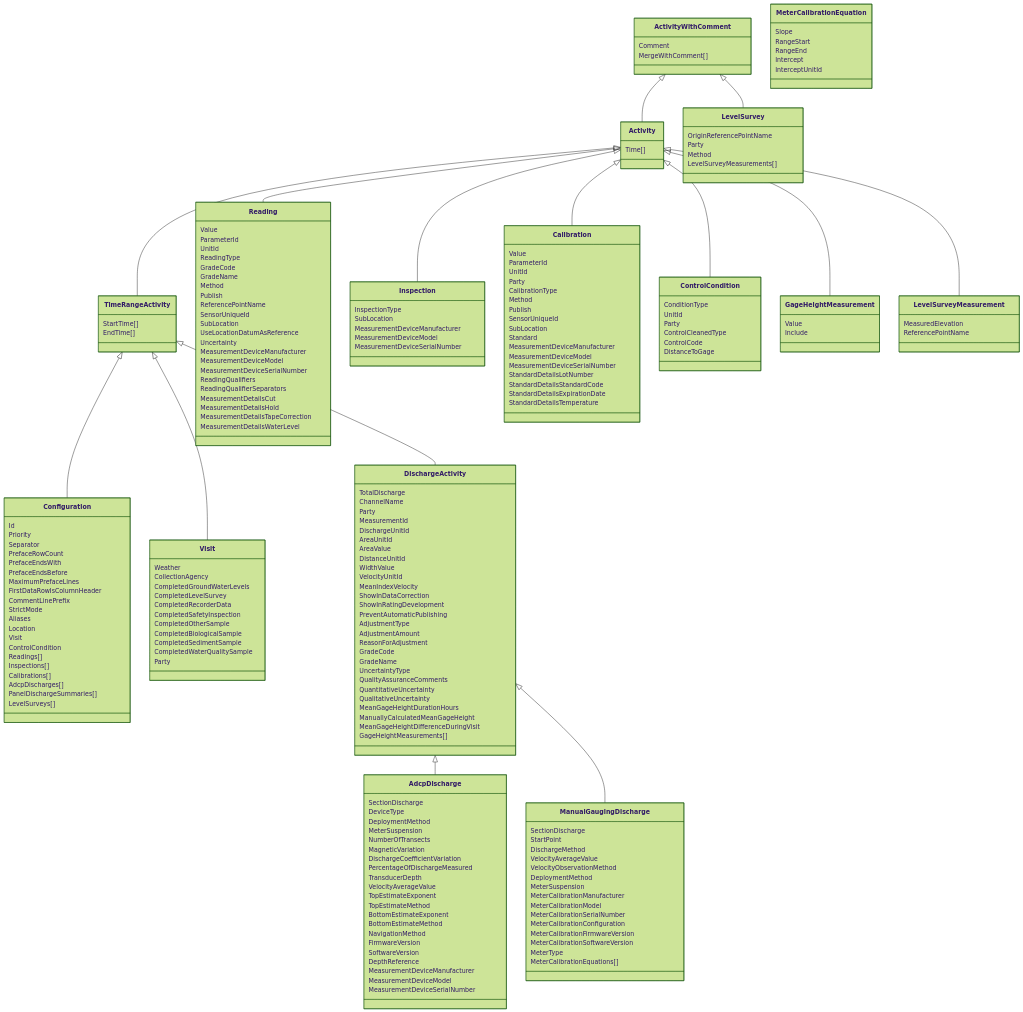
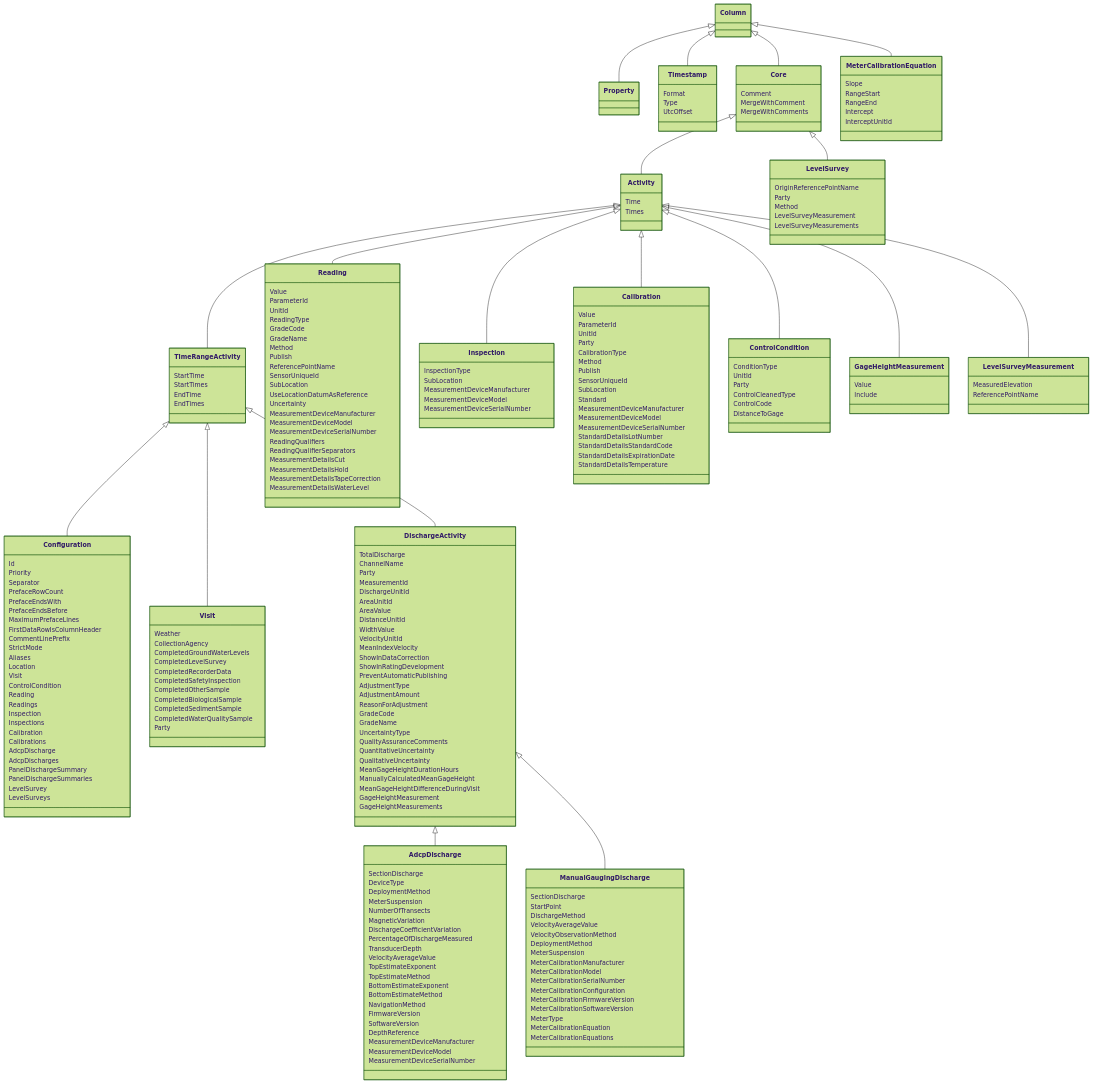
Before and after one commit to AquaticInformatics/tabular-field-data-plugin: the diagram in docs/classDiagram.mermaid, drawn with Mermaid (forest theme). The commit also changed other lines of this file and 8 other files, not shown here.

Commit message:
PF-349 - Added mermaid documentation generator

```diff
--- a/docs/classDiagram.mermaid
+++ b/docs/classDiagram.mermaid
@@ -2,224 +2,268 @@
 
   TimeRangeActivity <|-- Configuration
   class Configuration {
-      Id
-      Priority
-      Separator
-      PrefaceRowCount
-      PrefaceEndsWith
-      PrefaceEndsBefore
-      MaximumPrefaceLines
-      FirstDataRowIsColumnHeader
-      CommentLinePrefix
-      StrictMode
-      Aliases
-      Location
-      Visit
-      ControlCondition
-      Readings[]
-      Inspections[]
-      Calibrations[]
-      AdcpDischarges[]
-      PanelDischargeSummaries[]
-      LevelSurveys[]
+    Id
+    Priority
+    Separator
+    PrefaceRowCount
+    PrefaceEndsWith
+    PrefaceEndsBefore
+    MaximumPrefaceLines
+    FirstDataRowIsColumnHeader
+    CommentLinePrefix
+    StrictMode
+    Aliases
+    Location
+    Visit
+    ControlCondition
+    Reading
+    Readings
+    Inspection
+    Inspections
+    Calibration
+    Calibrations
+    AdcpDischarge
+    AdcpDischarges
+    PanelDischargeSummary
+    PanelDischargeSummaries
+    LevelSurvey
+    LevelSurveys
   }
+  link Configuration "https://github.com/AquaticInformatics/tabular-field-data-plugin/wiki/Configuration" "See Configuration details"
 
-  class ActivityWithComment {
-      Comment
-      MergeWithComment[]
+  Column <|-- Property
+  class Property {
   }
-  
-  ActivityWithComment <|-- Activity
+  link Property "https://github.com/AquaticInformatics/tabular-field-data-plugin/wiki/Property" "See Property details"
+
+  Column <|-- Timestamp
+  class Timestamp {
+    Format
+    Type
+    UtcOffset
+  }
+  link Timestamp "https://github.com/AquaticInformatics/tabular-field-data-plugin/wiki/Timestamp" "See Timestamp details"
+
+  Column <|-- Core
+  class Core {
+    Comment
+    MergeWithComment
+    MergeWithComments
+  }
+  link Core "https://github.com/AquaticInformatics/tabular-field-data-plugin/wiki/Core" "See Core details"
+
+  Core <|-- Activity
   class Activity {
-      Time[]
+    Time
+    Times
   }
-  
+  link Activity "https://github.com/AquaticInformatics/tabular-field-data-plugin/wiki/Activity" "See Activity details"
+
   Activity <|-- TimeRangeActivity
   class TimeRangeActivity {
-      StartTime[]
-      EndTime[]
+    StartTime
+    StartTimes
+    EndTime
+    EndTimes
   }
-  
+  link TimeRangeActivity "https://github.com/AquaticInformatics/tabular-field-data-plugin/wiki/TimeRangeActivity" "See TimeRangeActivity details"
+
   TimeRangeActivity <|-- Visit
   class Visit {
-      Weather
-      CollectionAgency
-      CompletedGroundWaterLevels
-      CompletedLevelSurvey
-      CompletedRecorderData
-      CompletedSafetyInspection
-      CompletedOtherSample
-      CompletedBiologicalSample
-      CompletedSedimentSample
-      CompletedWaterQualitySample
-      Party
+    Weather
+    CollectionAgency
+    CompletedGroundWaterLevels
+    CompletedLevelSurvey
+    CompletedRecorderData
+    CompletedSafetyInspection
+    CompletedOtherSample
+    CompletedBiologicalSample
+    CompletedSedimentSample
+    CompletedWaterQualitySample
+    Party
   }
-  
+  link Visit "https://github.com/AquaticInformatics/tabular-field-data-plugin/wiki/Visit" "See Visit details"
+
   Activity <|-- Reading
   class Reading {
-      Value
-      ParameterId
-      UnitId
-      ReadingType
-      GradeCode
-      GradeName
-      Method
-      Publish
-      ReferencePointName
-      SensorUniqueId
-      SubLocation
-      UseLocationDatumAsReference
-      Uncertainty
-      MeasurementDeviceManufacturer
-      MeasurementDeviceModel
-      MeasurementDeviceSerialNumber
-      ReadingQualifiers
-      ReadingQualifierSeparators
-      MeasurementDetailsCut
-      MeasurementDetailsHold
-      MeasurementDetailsTapeCorrection
-      MeasurementDetailsWaterLevel
+    Value
+    ParameterId
+    UnitId
+    ReadingType
+    GradeCode
+    GradeName
+    Method
+    Publish
+    ReferencePointName
+    SensorUniqueId
+    SubLocation
+    UseLocationDatumAsReference
+    Uncertainty
+    MeasurementDeviceManufacturer
+    MeasurementDeviceModel
+    MeasurementDeviceSerialNumber
+    ReadingQualifiers
+    ReadingQualifierSeparators
+    MeasurementDetailsCut
+    MeasurementDetailsHold
+    MeasurementDetailsTapeCorrection
+    MeasurementDetailsWaterLevel
   }
-  
+  link Reading "https://github.com/AquaticInformatics/tabular-field-data-plugin/wiki/Reading" "See Reading details"
+
   Activity <|-- Inspection
   class Inspection {
-      InspectionType
-      SubLocation
-      MeasurementDeviceManufacturer
-      MeasurementDeviceModel
-      MeasurementDeviceSerialNumber
+    InspectionType
+    SubLocation
+    MeasurementDeviceManufacturer
+    MeasurementDeviceModel
+    MeasurementDeviceSerialNumber
   }
-  
+  link Inspection "https://github.com/AquaticInformatics/tabular-field-data-plugin/wiki/Inspection" "See Inspection details"
+
   Activity <|-- Calibration
   class Calibration {
-      Value
-      ParameterId
-      UnitId
-      Party
-      CalibrationType
-      Method
-      Publish
-      SensorUniqueId
-      SubLocation
-      Standard
-      MeasurementDeviceManufacturer
-      MeasurementDeviceModel
-      MeasurementDeviceSerialNumber
-      StandardDetailsLotNumber
-      StandardDetailsStandardCode
-      StandardDetailsExpirationDate
-      StandardDetailsTemperature
+    Value
+    ParameterId
+    UnitId
+    Party
+    CalibrationType
+    Method
+    Publish
+    SensorUniqueId
+    SubLocation
+    Standard
+    MeasurementDeviceManufacturer
+    MeasurementDeviceModel
+    MeasurementDeviceSerialNumber
+    StandardDetailsLotNumber
+    StandardDetailsStandardCode
+    StandardDetailsExpirationDate
+    StandardDetailsTemperature
   }
-  
+  link Calibration "https://github.com/AquaticInformatics/tabular-field-data-plugin/wiki/Calibration" "See Calibration details"
+
   Activity <|-- ControlCondition
   class ControlCondition {
-      ConditionType
-      UnitId
-      Party
-      ControlCleanedType
-      ControlCode
-      DistanceToGage
+    ConditionType
+    UnitId
+    Party
+    ControlCleanedType
+    ControlCode
+    DistanceToGage
   }
-  
+  link ControlCondition "https://github.com/AquaticInformatics/tabular-field-data-plugin/wiki/ControlCondition" "See ControlCondition details"
+
   TimeRangeActivity <|-- DischargeActivity
   class DischargeActivity {
-      TotalDischarge
-      ChannelName
-      Party
-      MeasurementId
-      DischargeUnitId
-      AreaUnitId
-      AreaValue
-      DistanceUnitId
-      WidthValue
-      VelocityUnitId
-      MeanIndexVelocity
-      ShowInDataCorrection
-      ShowInRatingDevelopment
-      PreventAutomaticPublishing
-      AdjustmentType
-      AdjustmentAmount
-      ReasonForAdjustment
-      GradeCode
-      GradeName
-      UncertaintyType
-      QualityAssuranceComments
-      QuantitativeUncertainty
-      QualitativeUncertainty
-      MeanGageHeightDurationHours
-      ManuallyCalculatedMeanGageHeight
-      MeanGageHeightDifferenceDuringVisit
-      GageHeightMeasurements[]
+    TotalDischarge
+    ChannelName
+    Party
+    MeasurementId
+    DischargeUnitId
+    AreaUnitId
+    AreaValue
+    DistanceUnitId
+    WidthValue
+    VelocityUnitId
+    MeanIndexVelocity
+    ShowInDataCorrection
+    ShowInRatingDevelopment
+    PreventAutomaticPublishing
+    AdjustmentType
+    AdjustmentAmount
+    ReasonForAdjustment
+    GradeCode
+    GradeName
+    UncertaintyType
+    QualityAssuranceComments
+    QuantitativeUncertainty
+    QualitativeUncertainty
+    MeanGageHeightDurationHours
+    ManuallyCalculatedMeanGageHeight
+    MeanGageHeightDifferenceDuringVisit
+    GageHeightMeasurement
+    GageHeightMeasurements
   }
-  
+  link DischargeActivity "https://github.com/AquaticInformatics/tabular-field-data-plugin/wiki/DischargeActivity" "See DischargeActivity details"
+
   Activity <|-- GageHeightMeasurement
   class GageHeightMeasurement {
-      Value
-      Include
+    Value
+    Include
   }
-  
+  link GageHeightMeasurement "https://github.com/AquaticInformatics/tabular-field-data-plugin/wiki/GageHeightMeasurement" "See GageHeightMeasurement details"
+
   DischargeActivity <|-- AdcpDischarge
   class AdcpDischarge {
-      SectionDischarge
-      DeviceType
-      DeploymentMethod
-      MeterSuspension
-      NumberOfTransects
-      MagneticVariation
-      DischargeCoefficientVariation
-      PercentageOfDischargeMeasured
-      TransducerDepth
-      VelocityAverageValue
-      TopEstimateExponent
-      TopEstimateMethod
-      BottomEstimateExponent
-      BottomEstimateMethod
-      NavigationMethod
-      FirmwareVersion
-      SoftwareVersion
-      DepthReference
-      MeasurementDeviceManufacturer
-      MeasurementDeviceModel
-      MeasurementDeviceSerialNumber
+    SectionDischarge
+    DeviceType
+    DeploymentMethod
+    MeterSuspension
+    NumberOfTransects
+    MagneticVariation
+    DischargeCoefficientVariation
+    PercentageOfDischargeMeasured
+    TransducerDepth
+    VelocityAverageValue
+    TopEstimateExponent
+    TopEstimateMethod
+    BottomEstimateExponent
+    BottomEstimateMethod
+    NavigationMethod
+    FirmwareVersion
+    SoftwareVersion
+    DepthReference
+    MeasurementDeviceManufacturer
+    MeasurementDeviceModel
+    MeasurementDeviceSerialNumber
   }
-  
+  link AdcpDischarge "https://github.com/AquaticInformatics/tabular-field-data-plugin/wiki/AdcpDischarge" "See AdcpDischarge details"
+
   DischargeActivity <|-- ManualGaugingDischarge
   class ManualGaugingDischarge {
-      SectionDischarge
-      StartPoint
-      DischargeMethod
-      VelocityAverageValue
-      VelocityObservationMethod
-      DeploymentMethod
-      MeterSuspension
-      MeterCalibrationManufacturer
-      MeterCalibrationModel
-      MeterCalibrationSerialNumber
-      MeterCalibrationConfiguration
-      MeterCalibrationFirmwareVersion
-      MeterCalibrationSoftwareVersion
-      MeterType
-      MeterCalibrationEquations[]
+    SectionDischarge
+    StartPoint
+    DischargeMethod
+    VelocityAverageValue
+    VelocityObservationMethod
+    DeploymentMethod
+    MeterSuspension
+    MeterCalibrationManufacturer
+    MeterCalibrationModel
+    MeterCalibrationSerialNumber
+    MeterCalibrationConfiguration
+    MeterCalibrationFirmwareVersion
+    MeterCalibrationSoftwareVersion
+    MeterType
+    MeterCalibrationEquation
+    MeterCalibrationEquations
   }
+  link ManualGaugingDischarge "https://github.com/AquaticInformatics/tabular-field-data-plugin/wiki/ManualGaugingDischarge" "See ManualGaugingDischarge details"
 
+  Column <|-- MeterCalibrationEquation
   class MeterCalibrationEquation {
-      Slope
-      RangeStart
-      RangeEnd
-      Intercept
-      InterceptUnitId
+    Slope
+    RangeStart
+    RangeEnd
+    Intercept
+    InterceptUnitId
   }
-  
-  ActivityWithComment <|-- LevelSurvey
+  link MeterCalibrationEquation "https://github.com/AquaticInformatics/tabular-field-data-plugin/wiki/MeterCalibrationEquation" "See MeterCalibrationEquation details"
+
+  Core <|-- LevelSurvey
   class LevelSurvey {
-      OriginReferencePointName
-      Party
-      Method
-      LevelSurveyMeasurements[]
+    OriginReferencePointName
+    Party
+    Method
+    LevelSurveyMeasurement
+    LevelSurveyMeasurements
   }
-  
+  link LevelSurvey "https://github.com/AquaticInformatics/tabular-field-data-plugin/wiki/LevelSurvey" "See LevelSurvey details"
+
   Activity <|-- LevelSurveyMeasurement
   class LevelSurveyMeasurement {
-      MeasuredElevation
-      ReferencePointName
+    MeasuredElevation
+    ReferencePointName
   }
+  link LevelSurveyMeasurement "https://github.com/AquaticInformatics/tabular-field-data-plugin/wiki/LevelSurveyMeasurement" "See LevelSurveyMeasurement details"
```
